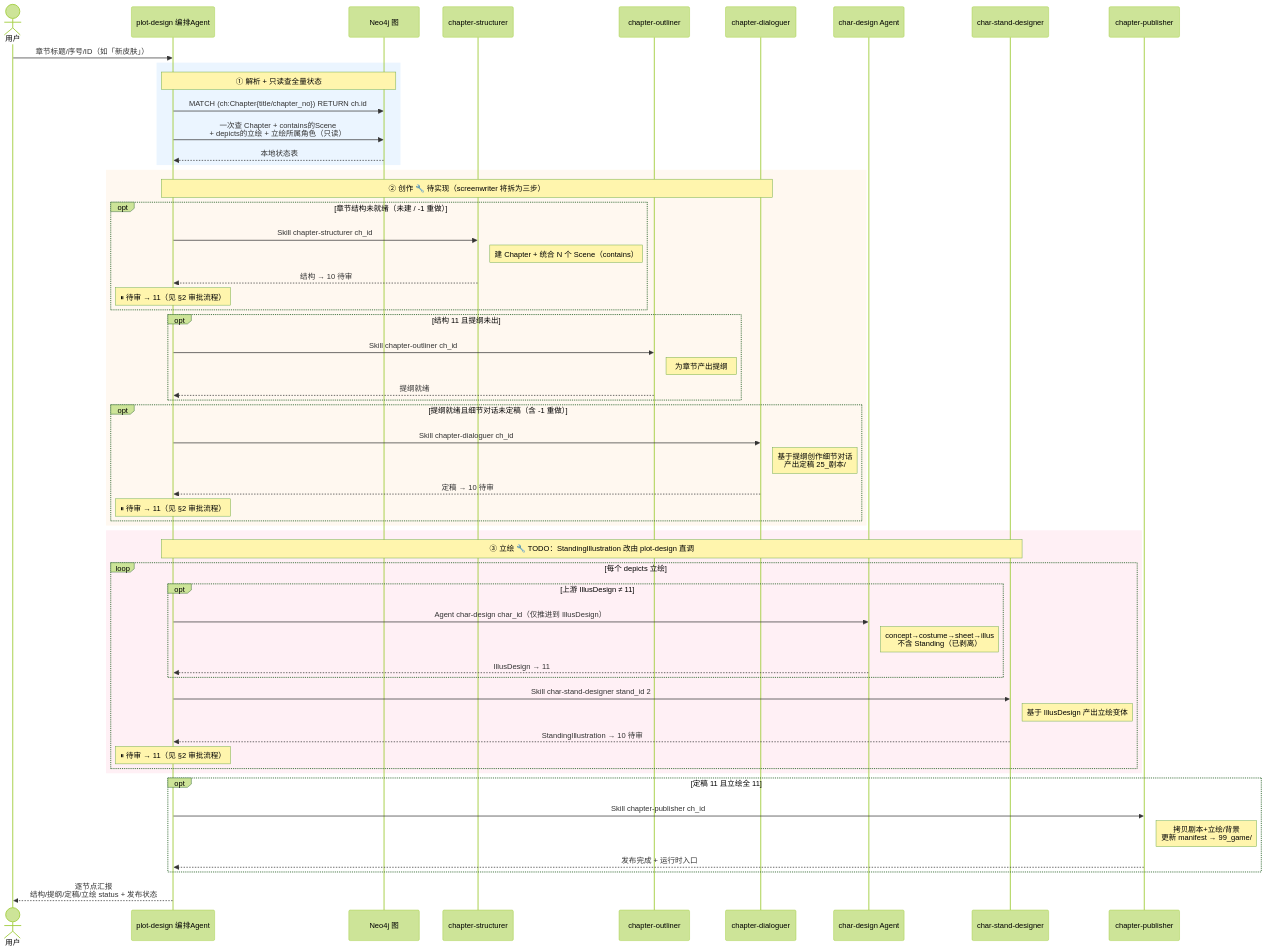
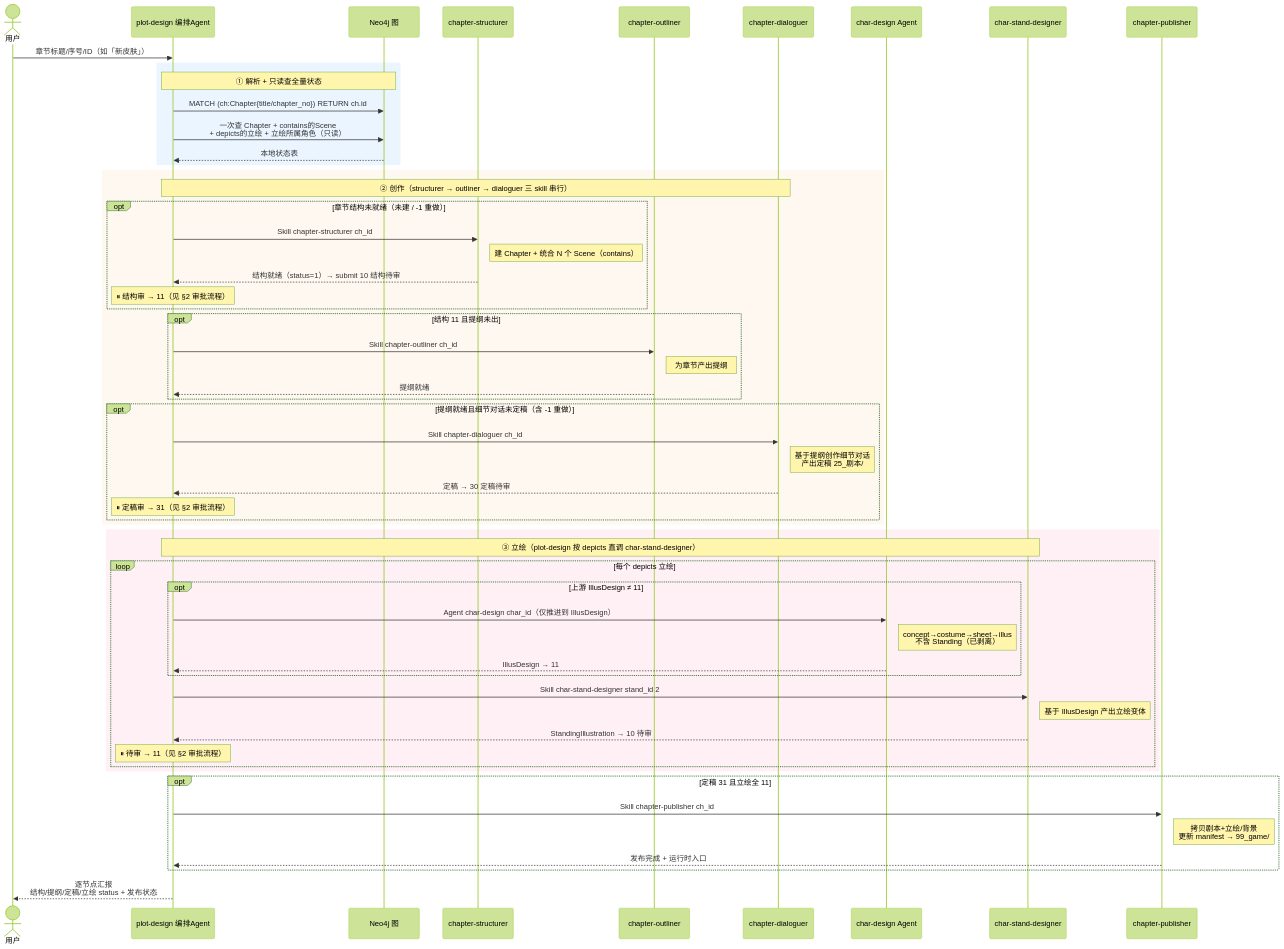
Before and after one commit to CrazyJinn/OtheredGlass: the fourth of 4 diagrams in README.md, drawn with Mermaid (forest theme). The commit also changed other lines of this file and 17 other files, not shown here.

First line of the commit message:
feat: 剧情创作拆三段 + 立绘剥离到 plot-design

````diff
--- a/README.md
+++ b/README.md
@@ -241,65 +239,65 @@
 ```mermaid
 sequenceDiagram
     actor U as 用户
     participant A as plot-design 编排Agent
     participant DB as Neo4j 图
     participant ST as chapter-structurer
     participant OL as chapter-outliner
     participant DG as chapter-dialoguer
     participant CD as char-design Agent
     participant Stand as char-stand-designer
     participant Pub as chapter-publisher
 
     U->>A: 章节标题/序号/ID（如「新皮肤」）
 
     rect rgb(235, 245, 255)
     Note over A,DB: ① 解析 + 只读查全量状态
     A->>DB: MATCH (ch:Chapter{title/chapter_no}) RETURN ch.id
     A->>DB: 一次查 Chapter + contains的Scene<br/>+ depicts的立绘 + 立绘所属角色（只读）
     DB-->>A: 本地状态表
     end
 
     rect rgb(255, 248, 240)
-    Note over A,DG: ② 创作 🔧 待实现（screenwriter 将拆为三步）
+    Note over A,DG: ② 创作（structurer → outliner → dialoguer 三 skill 串行）
     opt 章节结构未就绪（未建 / -1 重做）
         A->>ST: Skill chapter-structurer ch_id
         Note right of ST: 建 Chapter + 统合 N 个 Scene（contains）
-        ST-->>A: 结构 → 10 待审
-        Note over A: ⏸ 待审 → 11（见 §2 审批流程）
+        ST-->>A: 结构就绪（status=1）→ submit 10 结构待审
+        Note over A: ⏸ 结构审 → 11（见 §2 审批流程）
     end
     opt 结构 11 且提纲未出
         A->>OL: Skill chapter-outliner ch_id
         Note right of OL: 为章节产出提纲
         OL-->>A: 提纲就绪
     end
     opt 提纲就绪且细节对话未定稿（含 -1 重做）
         A->>DG: Skill chapter-dialoguer ch_id
         Note right of DG: 基于提纲创作细节对话<br/>产出定稿 25_剧本/
-        DG-->>A: 定稿 → 10 待审
-        Note over A: ⏸ 待审 → 11（见 §2 审批流程）
+        DG-->>A: 定稿 → 30 定稿待审
+        Note over A: ⏸ 定稿审 → 31（见 §2 审批流程）
     end
     end
 
     rect rgb(255, 240, 245)
-    Note over A,Stand: ③ 立绘 🔧 TODO：StandingIllustration 改由 plot-design 直调
+    Note over A,Stand: ③ 立绘（plot-design 按 depicts 直调 char-stand-designer）
     loop 每个 depicts 立绘
         opt 上游 IllusDesign ≠ 11
             A->>CD: Agent char-design char_id（仅推进到 IllusDesign）
             Note right of CD: concept→costume→sheet→illus<br/>不含 Standing（已剥离）
             CD-->>A: IllusDesign → 11
         end
         A->>Stand: Skill char-stand-designer stand_id 2
         Note right of Stand: 基于 IllusDesign 产出立绘变体
         Stand-->>A: StandingIllustration → 10 待审
         Note over A: ⏸ 待审 → 11（见 §2 审批流程）
     end
     end
 
-    opt 定稿 11 且立绘全 11
+    opt 定稿 31 且立绘全 11
         A->>Pub: Skill chapter-publisher ch_id
         Note right of Pub: 拷贝剧本+立绘/背景<br/>更新 manifest → 99_game/
         Pub-->>A: 发布完成 + 运行时入口
     end
 
     A-->>U: 逐节点汇报<br/>结构/提纲/定稿/立绘 status + 发布状态
 ```
````
